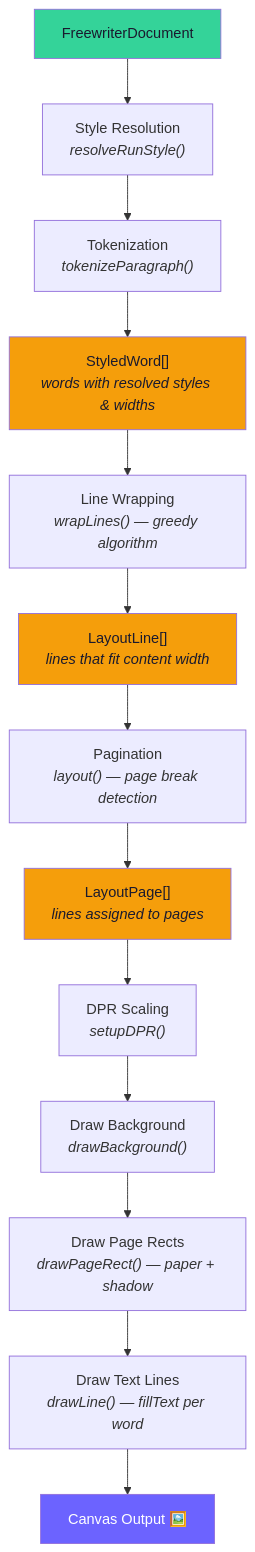
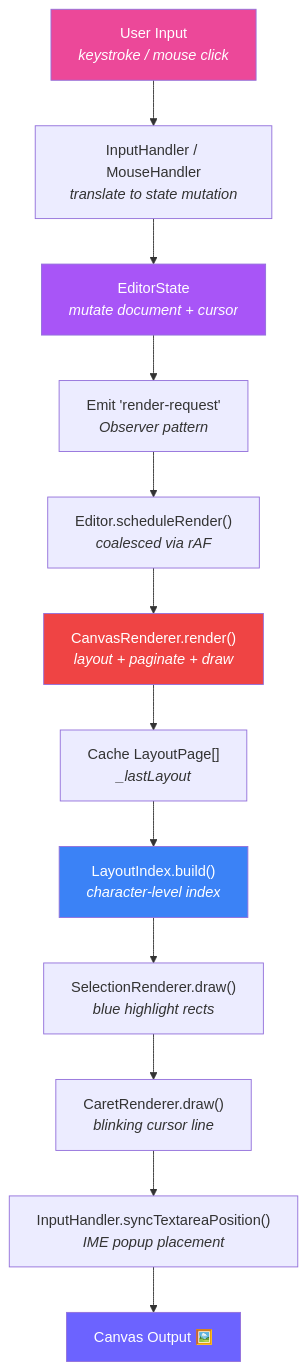
Before and after one commit to MadhushaSUM/freewriter: diagram 16 of 18 in packages/core/ARCHITECTURE.md, drawn with Mermaid. The commit also changed other lines of this file and 20 other files, not shown here.

Commit message:
feat: implement comprehensive mouse interaction system for selection and caret placement

````diff
--- a/packages/core/ARCHITECTURE.md
+++ b/packages/core/ARCHITECTURE.md
@@ -257,21 +755,20 @@
 ```mermaid
 flowchart TB
-    DOC["FreewriterDocument"] --> RESOLVE["Style Resolution<br/><i>resolveRunStyle()</i>"]
-    RESOLVE --> TOKEN["Tokenization<br/><i>tokenizeParagraph()</i>"]
-    TOKEN --> WORDS["StyledWord[]<br/><i>words with resolved styles & widths</i>"]
-    WORDS --> WRAP["Line Wrapping<br/><i>wrapLines() — greedy algorithm</i>"]
-    WRAP --> LINES["LayoutLine[]<br/><i>lines that fit content width</i>"]
-    LINES --> PAGINATE["Pagination<br/><i>layout() — page break detection</i>"]
-    PAGINATE --> PAGES["LayoutPage[]<br/><i>lines assigned to pages</i>"]
-    PAGES --> DPR["DPR Scaling<br/><i>setupDPR()</i>"]
-    DPR --> DRAW_BG["Draw Background<br/><i>drawBackground()</i>"]
-    DRAW_BG --> DRAW_PAGE["Draw Page Rects<br/><i>drawPageRect() — paper + shadow</i>"]
-    DRAW_PAGE --> DRAW_LINE["Draw Text Lines<br/><i>drawLine() — fillText per word</i>"]
-    DRAW_LINE --> CANVAS["Canvas Output 🖼️"]
+    INPUT["User Input<br/><i>keystroke / mouse click</i>"] --> HANDLER["InputHandler / MouseHandler<br/><i>translate to state mutation</i>"]
+    HANDLER --> STATE["EditorState<br/><i>mutate document + cursor</i>"]
+    STATE --> EMIT["Emit 'render-request'<br/><i>Observer pattern</i>"]
+    EMIT --> SCHEDULE["Editor.scheduleRender()<br/><i>coalesced via rAF</i>"]
+    SCHEDULE --> RENDER["CanvasRenderer.render()<br/><i>layout + paginate + draw</i>"]
+    RENDER --> LAYOUT_CACHE["Cache LayoutPage[]<br/><i>_lastLayout</i>"]
+    LAYOUT_CACHE --> INDEX["LayoutIndex.build()<br/><i>character-level index</i>"]
+    INDEX --> SEL_DRAW["SelectionRenderer.draw()<br/><i>blue highlight rects</i>"]
+    SEL_DRAW --> CARET_DRAW["CaretRenderer.draw()<br/><i>blinking cursor line</i>"]
+    CARET_DRAW --> SYNC["InputHandler.syncTextareaPosition()<br/><i>IME popup placement</i>"]
+    SYNC --> CANVAS["Canvas Output 🖼️"]
 
-    style DOC fill:#34d399,color:#1a1a2e
-    style WORDS fill:#f59e0b,color:#1a1a2e
-    style LINES fill:#f59e0b,color:#1a1a2e
-    style PAGES fill:#f59e0b,color:#1a1a2e
+    style INPUT fill:#ec4899,color:#fff
+    style STATE fill:#a855f7,color:#fff
+    style RENDER fill:#ef4444,color:#fff
+    style INDEX fill:#3b82f6,color:#fff
     style CANVAS fill:#6c63ff,color:#fff
 ```
````
